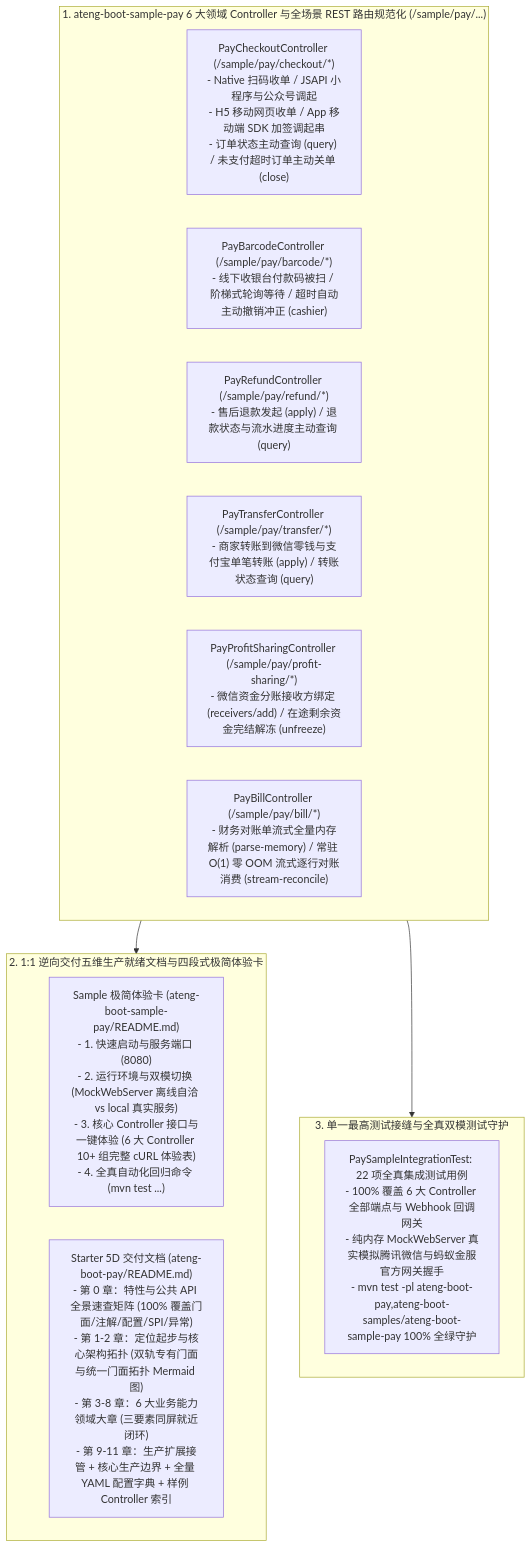
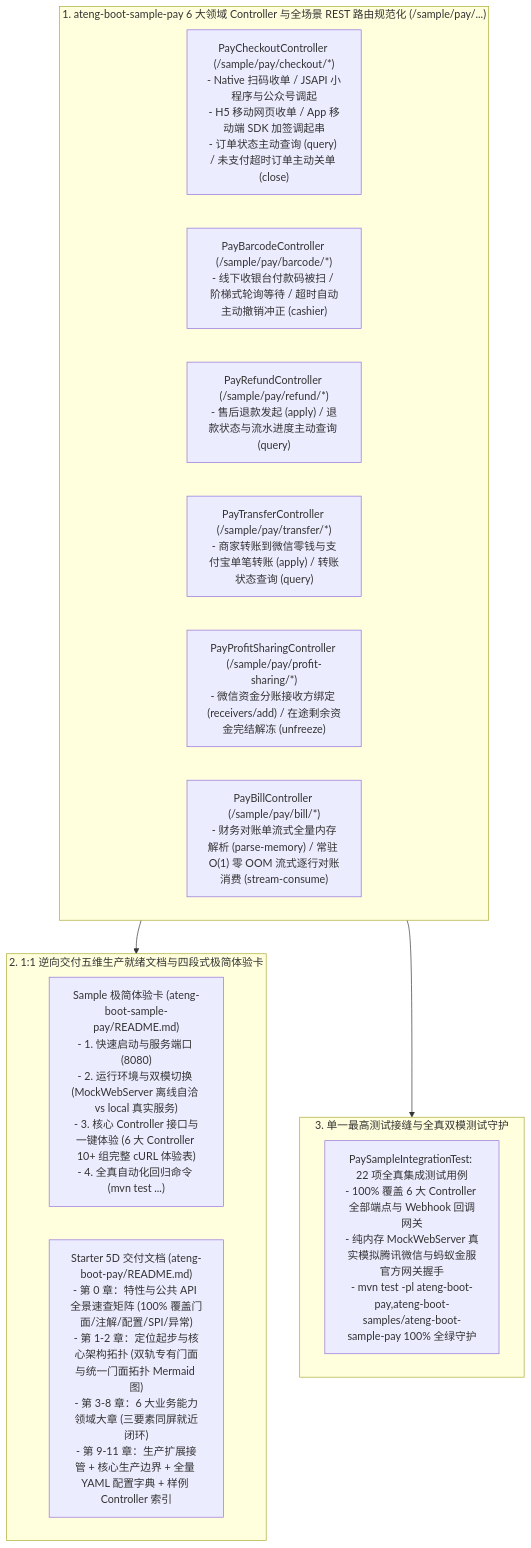
Before and after one commit to atengk/ateng-boot: the diagram in docs/adr/0100-pay-sample-multi-controller-and-documentation-specification-architecture.md, drawn with Mermaid. The commit also changed other lines of this file and 6 other files, not shown here.

First line of the commit message:
docs(pay): Sample-First 五维文档纠偏重写、ADR 增量演进与准出双绿核验

````diff
--- a/docs/adr/0100-pay-sample-multi-controller-and-documentation-specification-architecture.md
+++ b/docs/adr/0100-pay-sample-multi-controller-and-documentation-specification-architecture.md
@@ -27,23 +27,23 @@
 ```mermaid
 flowchart TD
     subgraph SampleMatrix["1. ateng-boot-sample-pay 6 大领域 Controller 与全场景 REST 路由规范化 (/sample/pay/...)"]
         CheckoutCtrl["PayCheckoutController (/sample/pay/checkout/*)\n- Native 扫码收单 / JSAPI 小程序与公众号调起\n- H5 移动网页收单 / App 移动端 SDK 加签调起串\n- 订单状态主动查询 (query) / 未支付超时订单主动关单 (close)"]
         BarcodeCtrl["PayBarcodeController (/sample/pay/barcode/*)\n- 线下收银台付款码被扫 / 阶梯式轮询等待 / 超时自动主动撤销冲正 (cashier)"]
         RefundCtrl["PayRefundController (/sample/pay/refund/*)\n- 售后退款发起 (apply) / 退款状态与流水进度主动查询 (query)"]
         TransferCtrl["PayTransferController (/sample/pay/transfer/*)\n- 商家转账到微信零钱与支付宝单笔转账 (apply) / 转账状态查询 (query)"]
         ProfitSharingCtrl["PayProfitSharingController (/sample/pay/profit-sharing/*)\n- 微信资金分账接收方绑定 (receivers/add) / 在途剩余资金完结解冻 (unfreeze)"]
-        BillCtrl["PayBillController (/sample/pay/bill/*)\n- 财务对账单流式全量内存解析 (parse-memory) / 常驻 O(1) 零 OOM 流式逐行对账消费 (stream-reconcile)"]
+        BillCtrl["PayBillController (/sample/pay/bill/*)\n- 财务对账单流式全量内存解析 (parse-memory) / 常驻 O(1) 零 OOM 流式逐行对账消费 (stream-consume)"]
     end
 
     subgraph DocSpec["2. 1:1 逆向交付五维生产就绪文档与四段式极简体验卡"]
         SampleReadme["Sample 极简体验卡 (ateng-boot-sample-pay/README.md)\n- 1. 快速启动与服务端口 (8080)\n- 2. 运行环境与双模切换 (MockWebServer 离线自洽 vs local 真实服务)\n- 3. 核心 Controller 接口与一键体验 (6 大 Controller 10+ 组完整 cURL 体验表)\n- 4. 全真自动化回归命令 (mvn test ...)"]
         StarterReadme["Starter 5D 交付文档 (ateng-boot-pay/README.md)\n- 第 0 章：特性与公共 API 全景速查矩阵 (100% 覆盖门面/注解/配置/SPI/异常)\n- 第 1-2 章：定位起步与核心架构拓扑 (双轨专有门面与统一门面拓扑 Mermaid 图)\n- 第 3-8 章：6 大业务能力领域大章 (三要素同屏就近闭环)\n- 第 9-11 章：生产扩展接管 + 核心生产边界 + 全量 YAML 配置字典 + 样例 Controller 索引"]
     end
 
     subgraph TestHarness["3. 单一最高测试接缝与全真双模测试守护"]
         IntegrationTest["PaySampleIntegrationTest: 22 项全真集成测试用例\n- 100% 覆盖 6 大 Controller 全部端点与 Webhook 回调网关\n- 纯内存 MockWebServer 真实模拟腾讯微信与蚂蚁金服官方网关握手\n- mvn test -pl ateng-boot-pay,ateng-boot-samples/ateng-boot-sample-pay 100% 全绿守护"]
     end
 
     SampleMatrix --> DocSpec
     SampleMatrix --> TestHarness
 ```
````
